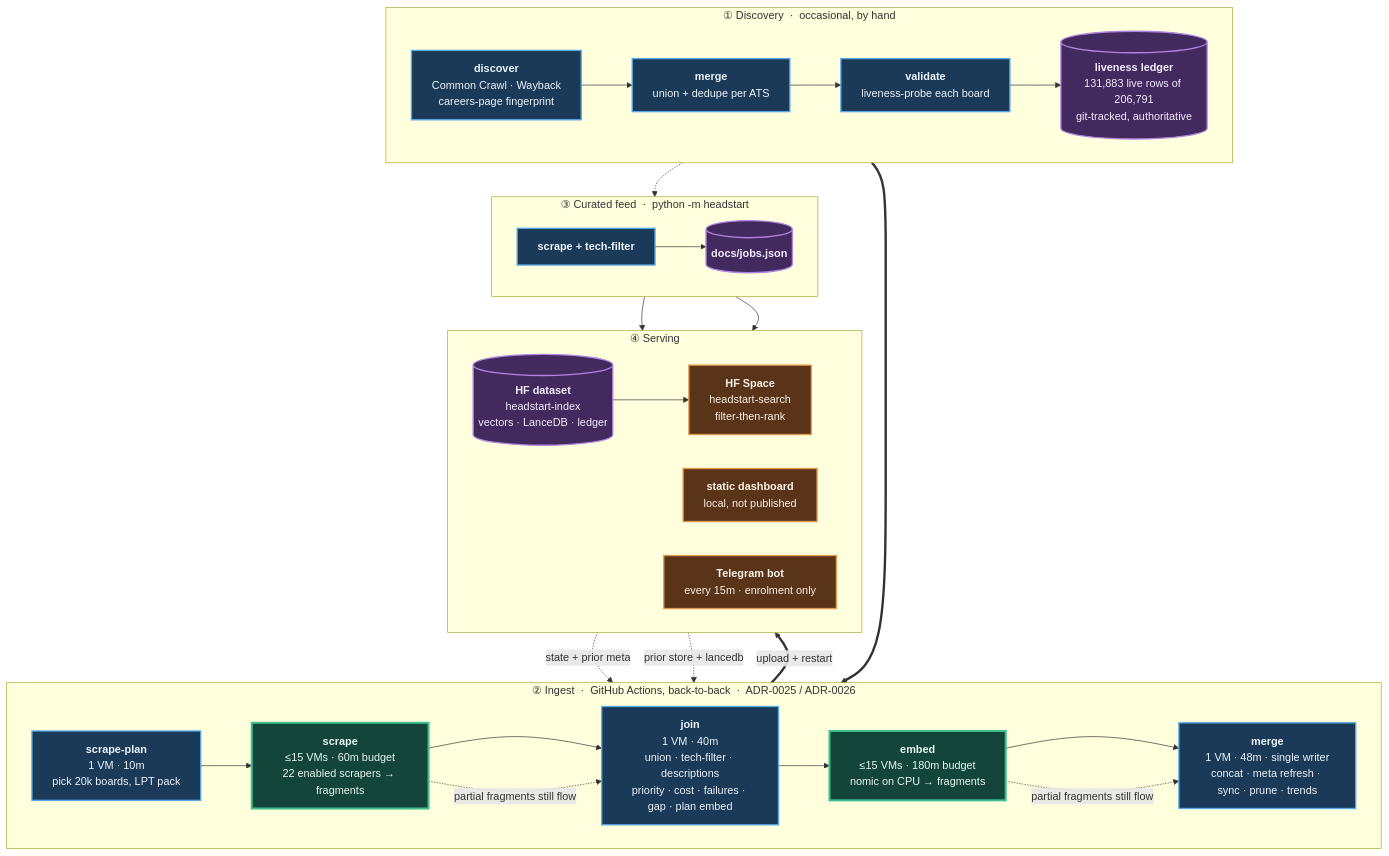
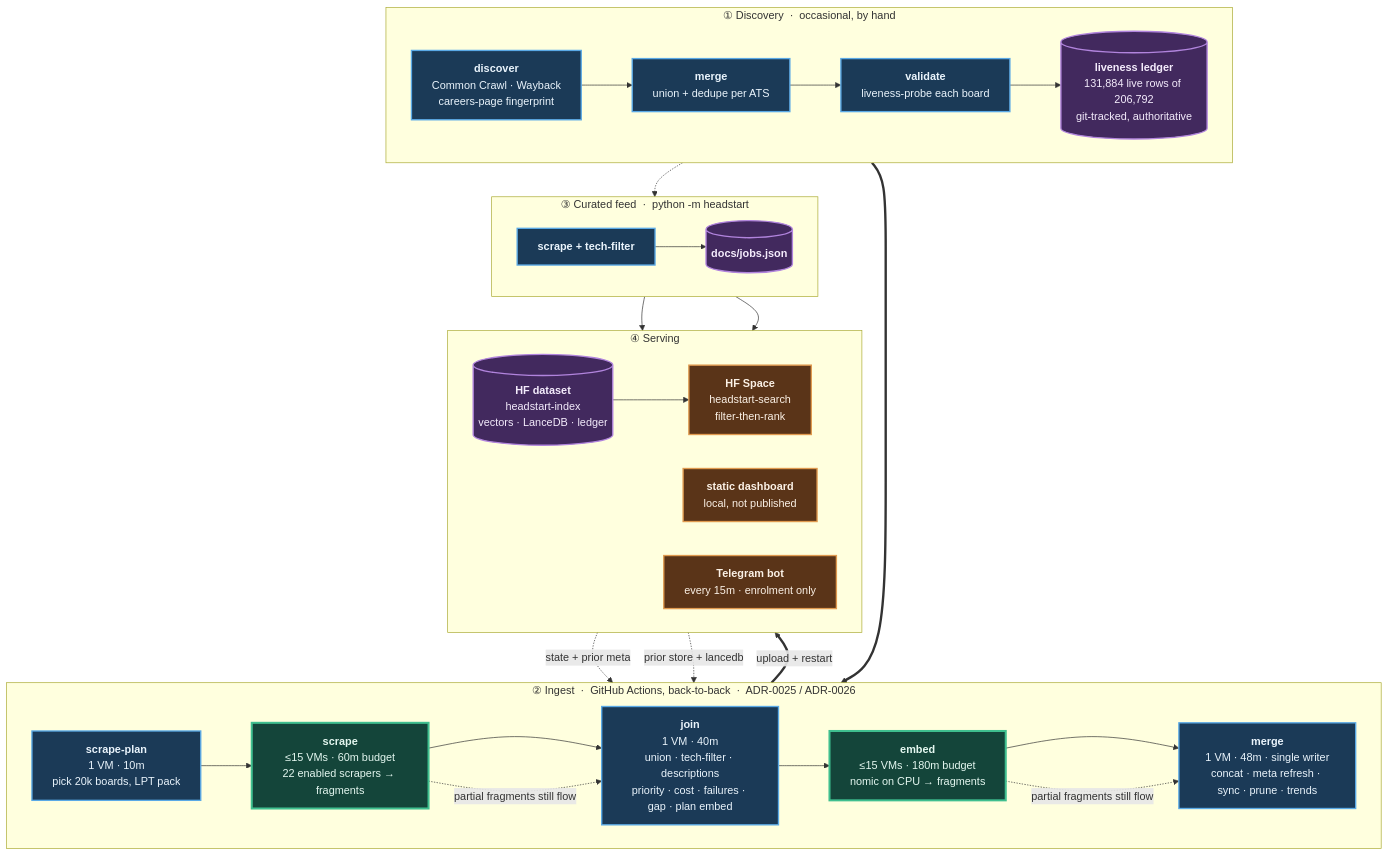
The diagram in README.md (sarthakjain004/headstart), drawn with Mermaid before and after one commit. The commit also changed other lines of this file and 8 other files, not shown here.

````diff
--- a/README.md
+++ b/README.md
@@ -84,56 +84,56 @@
 ```mermaid
 flowchart TB
     subgraph D["① Discovery &nbsp;·&nbsp; occasional, by hand"]
         direction LR
         D1["<b>discover</b><br/>Common Crawl · Wayback<br/>careers-page fingerprint"]
         D2["<b>merge</b><br/>union + dedupe per ATS"]
         D3["<b>validate</b><br/>liveness-probe each board"]
-        D4[("<b>liveness ledger</b><br/>131,883 live rows of 206,791<br/>git-tracked, authoritative")]
+        D4[("<b>liveness ledger</b><br/>131,884 live rows of 206,792<br/>git-tracked, authoritative")]
         D1 --> D2 --> D3 --> D4
     end
 
     subgraph P["② Ingest &nbsp;·&nbsp; GitHub Actions, back-to-back &nbsp;·&nbsp; ADR-0025 / ADR-0026"]
         direction LR
         P1["<b>scrape-plan</b><br/>1 VM · 10m<br/>pick 20k boards, LPT pack"]
         P2["<b>scrape</b><br/>≤15 VMs · 60m budget<br/>22 enabled scrapers → fragments"]
         P3["<b>join</b><br/>1 VM · 40m<br/>union · tech-filter · descriptions<br/>priority · cost · failures · gap · plan embed"]
         P4["<b>embed</b><br/>≤15 VMs · 180m budget<br/>nomic on CPU → fragments"]
         P5["<b>merge</b><br/>1 VM · 48m · single writer<br/>concat · meta refresh · sync · prune · trends"]
         P1 --> P2 --> P3 --> P4 --> P5
     end
 
     subgraph F["③ Curated feed &nbsp;·&nbsp; python -m headstart"]
         direction LR
         F1["<b>scrape + tech-filter</b>"]
         F2[("<b>docs/jobs.json</b>")]
         F1 --> F2
     end
 
     subgraph S["④ Serving"]
         direction LR
         S1[("<b>HF dataset</b><br/>headstart-index<br/>vectors · LanceDB · ledger")]
         S2["<b>HF Space</b><br/>headstart-search<br/>filter-then-rank"]
         S3["<b>static dashboard</b><br/>local, not published"]
         S4["<b>Telegram bot</b><br/>every 15m · enrolment only"]
         S1 --> S2
     end
 
     D4 ==> P1
     S1 -. "state + prior meta" .-> P1
     S1 -. "prior store + lancedb" .-> P5
     D4 -.-> F1
     P5 ==>|"upload + restart"| S1
     F2 --> S3
     F2 --> S4
     P2 -. "partial fragments still flow" .-> P3
     P4 -. "partial fragments still flow" .-> P5
 
     classDef serial fill:#1b3a57,stroke:#5aa9e6,stroke-width:2px,color:#eaf4fc
     classDef fan fill:#14453a,stroke:#3fbf8f,stroke-width:3px,color:#e4f7f0
     classDef store fill:#42295e,stroke:#b184dd,stroke-width:2px,color:#f4ecfc
     classDef serve fill:#5a3418,stroke:#e09a4f,stroke-width:2px,color:#fbf1e6
     class D1,D2,D3,P1,P3,P5,F1 serial
     class P2,P4 fan
     class D4,F2,S1 store
     class S2,S3,S4 serve
 ```
````
